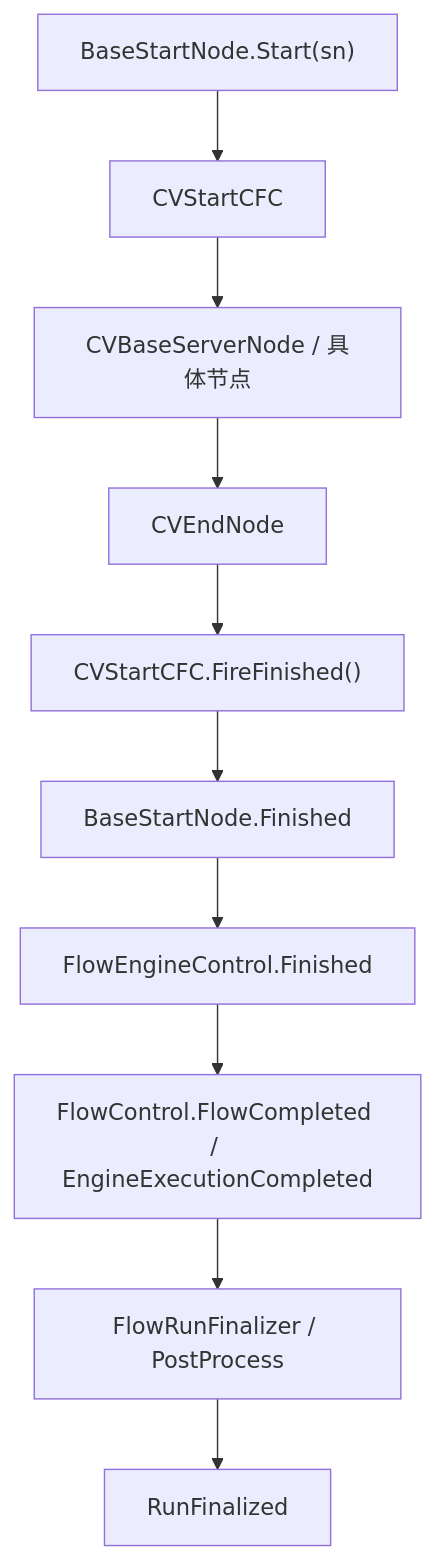
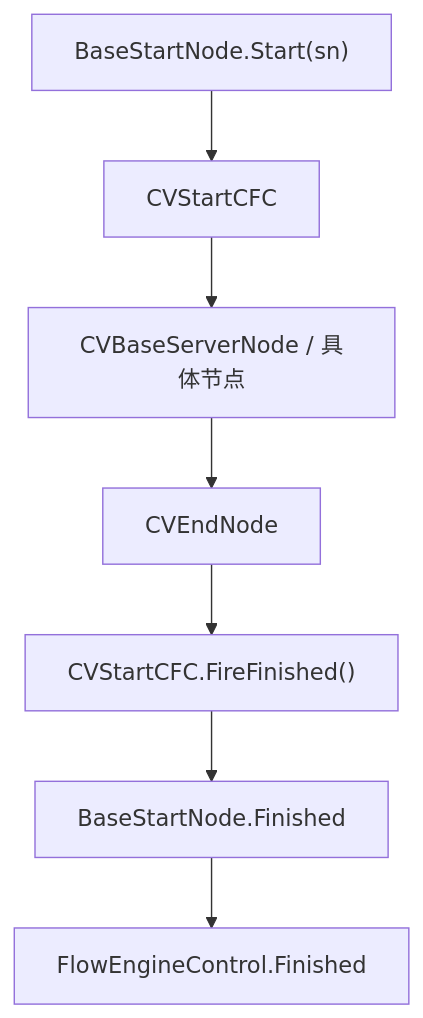
The diagram in docs/04-api-reference/engine-components/FlowEngineLib.md (xincheng213618/scgd_general_wpf), drawn with Mermaid before and after one commit. The commit also changed other lines of this file and 235 other files, not shown here.

````diff
--- a/docs/04-api-reference/engine-components/FlowEngineLib.md
+++ b/docs/04-api-reference/engine-components/FlowEngineLib.md
@@ -48,12 +59,9 @@
 ```mermaid
 flowchart TD
   Start["BaseStartNode.Start(sn)"] --> CFC["CVStartCFC"]
   CFC --> Server["CVBaseServerNode / 具体节点"]
   Server --> End["CVEndNode"]
   End --> Finish["CVStartCFC.FireFinished()"]
   Finish --> StartEvent["BaseStartNode.Finished"]
   StartEvent --> EngineEvent["FlowEngineControl.Finished"]
-  EngineEvent --> Host["FlowControl.FlowCompleted / EngineExecutionCompleted"]
-  Host --> Finalizer["FlowRunFinalizer / PostProcess"]
-  Finalizer --> Finalized["RunFinalized"]
 ```
````
